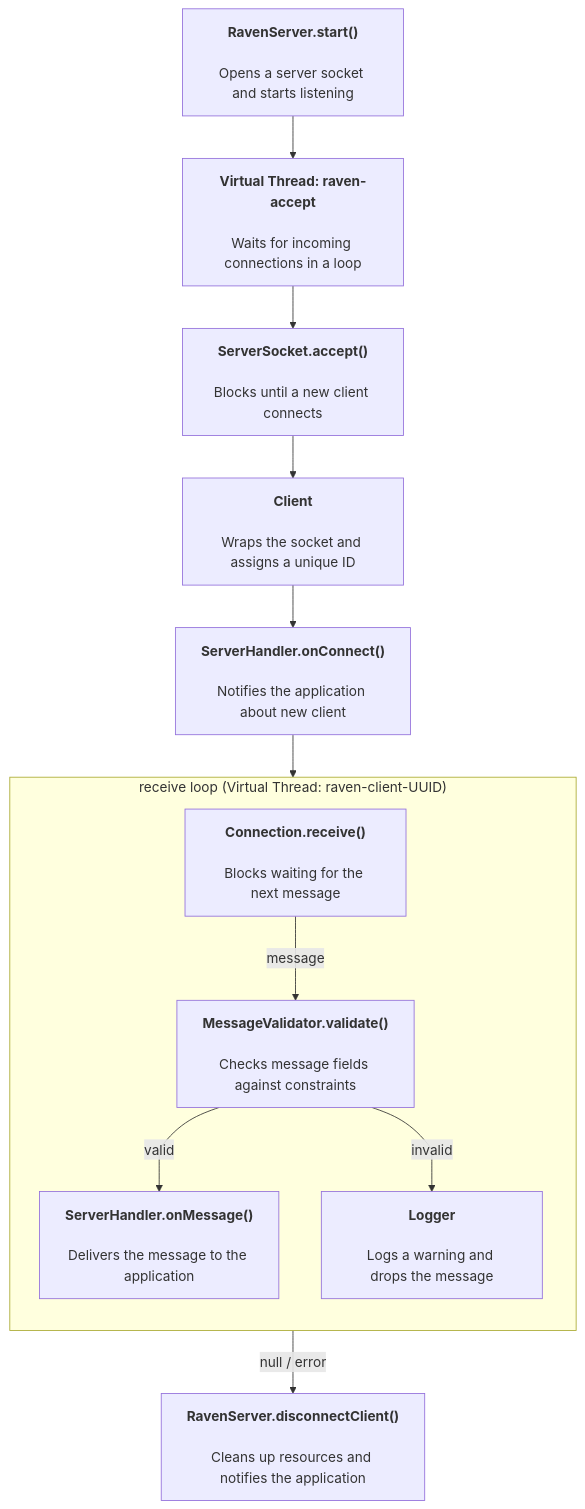
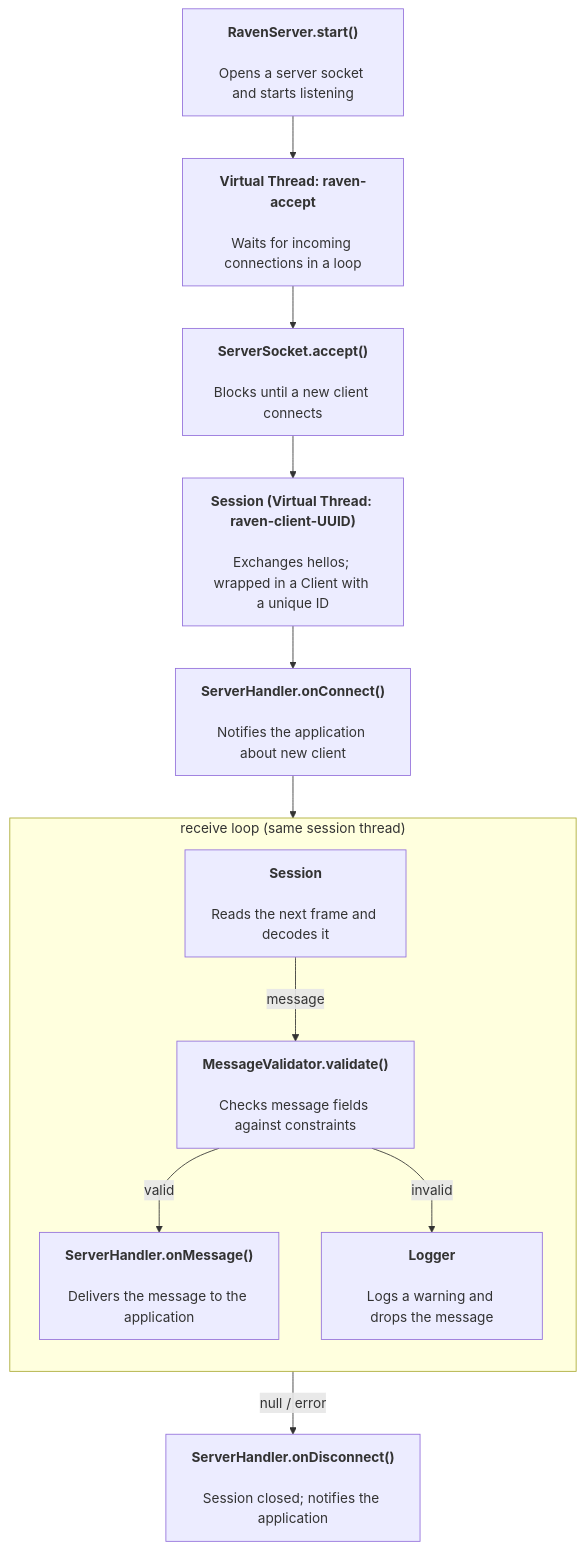
The first of 3 diagrams in README.md (Trimax/raven), drawn with Mermaid before and after one commit. The commit also changed other lines of this file and 119 other files, not shown here.

````diff
--- a/README.md
+++ b/README.md
@@ -360,30 +445,30 @@
 ```mermaid
 ---
 config:
   flowchart:
     curve: monotoneX
 ---
 flowchart TD
     A["<b>RavenServer.start()</b><br/><br/>Opens a server socket and starts listening"]
     B["<b>Virtual Thread: raven-accept</b><br/><br/>Waits for incoming connections in a loop"]
     C["<b>ServerSocket.accept()</b><br/><br/>Blocks until a new client connects"]
-    D["<b>Client</b><br/><br/>Wraps the socket and assigns a unique ID"]
+    D["<b>Session (Virtual Thread: raven-client-UUID)</b><br/><br/>Exchanges hellos; wrapped in a Client with a unique ID"]
     E["<b>ServerHandler.onConnect()</b><br/><br/>Notifies the application about new client"]
 
     A --> B --> C --> D --> E
 
-    subgraph loop ["receive loop (Virtual Thread: raven-client-UUID)"]
+    subgraph loop ["receive loop (same session thread)"]
         direction TB
-        G["<b>Connection.receive()</b><br/><br/>Blocks waiting for the next message"]
+        G["<b>Session</b><br/><br/>Reads the next frame and decodes it"]
         H["<b>MessageValidator.validate()</b><br/><br/>Checks message fields against constraints"]
         I["<b>ServerHandler.onMessage()</b><br/><br/>Delivers the message to the application"]
         J["<b>Logger</b><br/><br/>Logs a warning and drops the message"]
 
         G -->|message| H
         H -->|valid| I
         H -->|invalid| J
     end
 
     E --> loop
-    G -->|null / error| K["<b>RavenServer.disconnectClient()</b><br/><br/>Cleans up resources and notifies the application"]
+    G -->|null / error| K["<b>ServerHandler.onDisconnect()</b><br/><br/>Session closed; notifies the application"]
 ```
````
